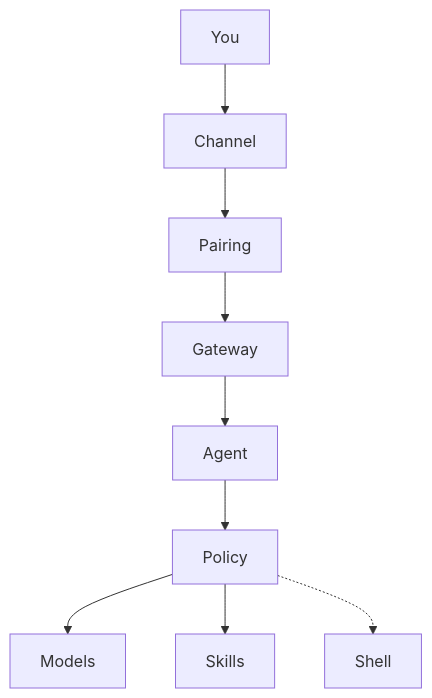
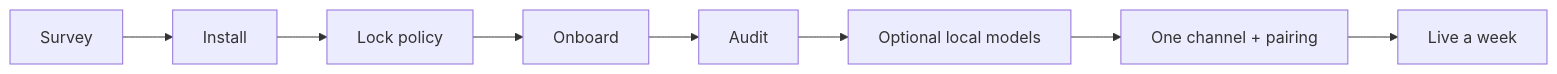
Before and after one commit to Nonarkara/dr-non-openclaw-setup: the third of 3 diagrams in README.md, drawn with Mermaid. The commit also changed other lines of this file and 16 other files, not shown here.

First line of the commit message:
docs: safety-first stranger guide, diagrams, and refreshed hero

````diff
--- a/README.md
+++ b/README.md
@@ -172,11 +120,10 @@
 ```mermaid
-flowchart TB
-  you[You] --> ch[Channel]
-  ch --> pair[Pairing]
-  pair --> gw[Gateway]
-  gw --> ag[Agent]
-  ag --> pol[Policy]
-  pol --> models[Models]
-  pol --> skills[Skills]
-  pol -.-> shell[Shell]
+flowchart LR
+  S[Survey] --> I[Install]
+  I --> P[Lock policy]
+  P --> O[Onboard]
+  O --> V[Audit]
+  V --> M[Optional local models]
+  M --> C[One channel + pairing]
+  C --> W[Live a week]
 ```
````
